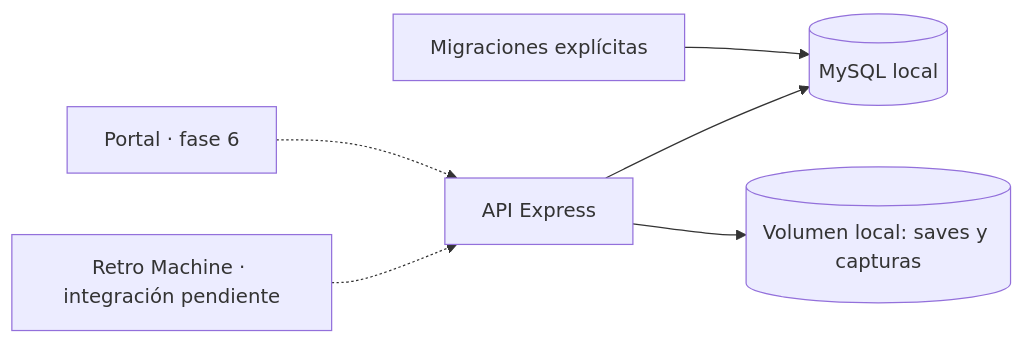
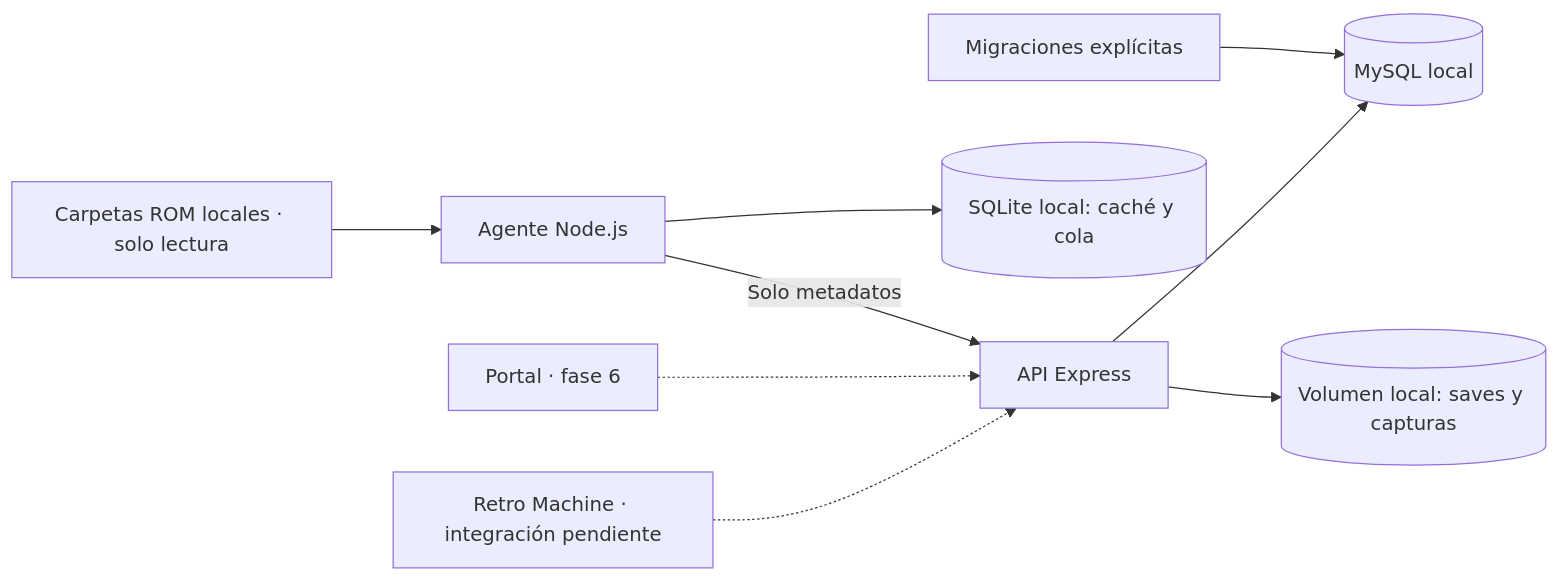
The diagram in docs/ARCHITECTURE.md (Jorodo2006/RetroCloud), drawn with Mermaid before and after one commit. The commit also changed other lines of this file and 5 other files, not shown here.

````diff
--- a/docs/ARCHITECTURE.md
+++ b/docs/ARCHITECTURE.md
@@ -23,8 +24,11 @@
 ```mermaid
 flowchart LR
   RM["Retro Machine · integración pendiente"] -.-> API["API Express"]
   WEB["Portal · fase 6"] -.-> API
+  ROMS["Carpetas ROM locales · solo lectura"] --> AGENT["Agente Node.js"]
+  AGENT --> QUEUE[("SQLite local: caché y cola")]
+  AGENT -->|"Solo metadatos"| API
   API --> DB[("MySQL local")]
   API --> FILES[("Volumen local: saves y capturas")]
   MIG["Migraciones explícitas"] --> DB
 ```
````
